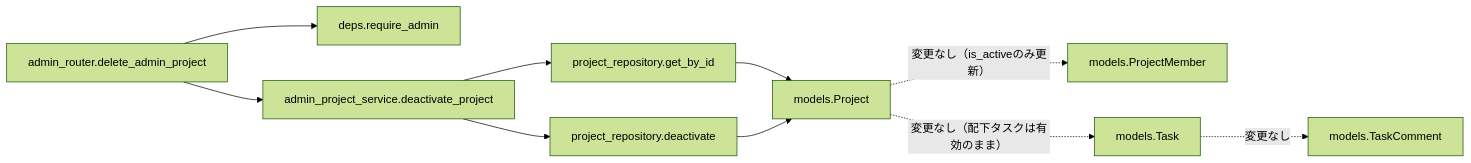
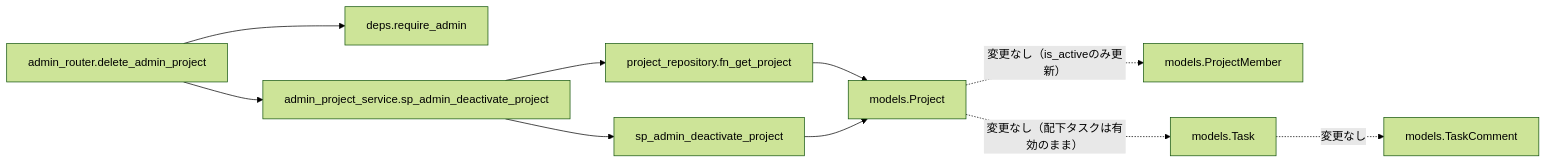
One commit to oikawa-d/task_management changed the third of 4 diagrams in detailed_design/api/admin/06_delete_admin_project.md. Above: the diagram before and after it, drawn with Mermaid (forest theme). The commit also changed other lines of this file and 58 other files, not shown here.

````diff
--- a/detailed_design/api/admin/06_delete_admin_project.md
+++ b/detailed_design/api/admin/06_delete_admin_project.md
@@ -170,12 +170,12 @@
 ```mermaid
 flowchart LR
     R["admin_router.delete_admin_project"] --> D["deps.require_admin"]
-    R --> S["admin_project_service.deactivate_project"]
-    S --> RP1["project_repository.get_by_id"]
-    S --> RP2["project_repository.deactivate"]
+    R --> S["admin_project_service.sp_admin_deactivate_project"]
+    S --> RP1["project_repository.fn_get_project"]
+    S --> RP2["sp_admin_deactivate_project"]
     RP1 --> M1["models.Project"]
     RP2 --> M1
     M1 -.->|"変更なし（is_activeのみ更新）"| M2["models.ProjectMember"]
     M1 -.->|"変更なし（配下タスクは有効のまま）"| M3["models.Task"]
     M3 -.->|"変更なし"| M4["models.TaskComment"]
 ```
````
